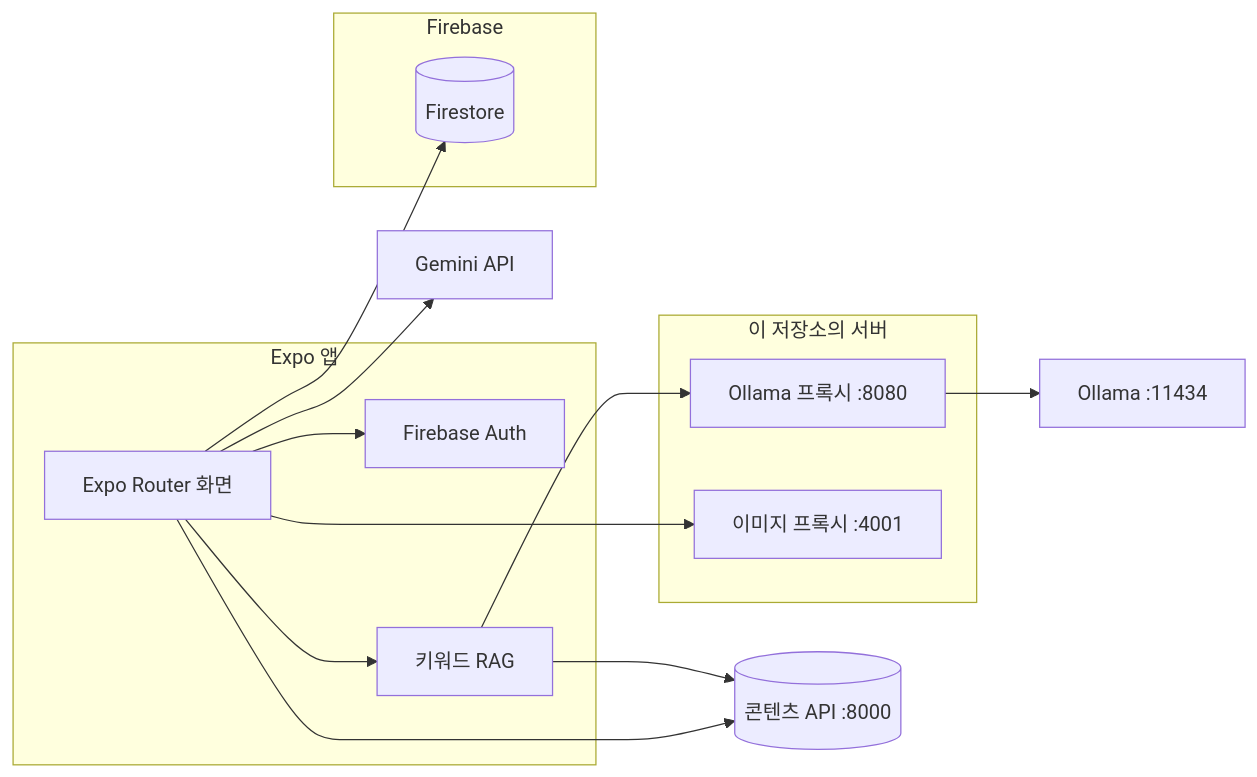
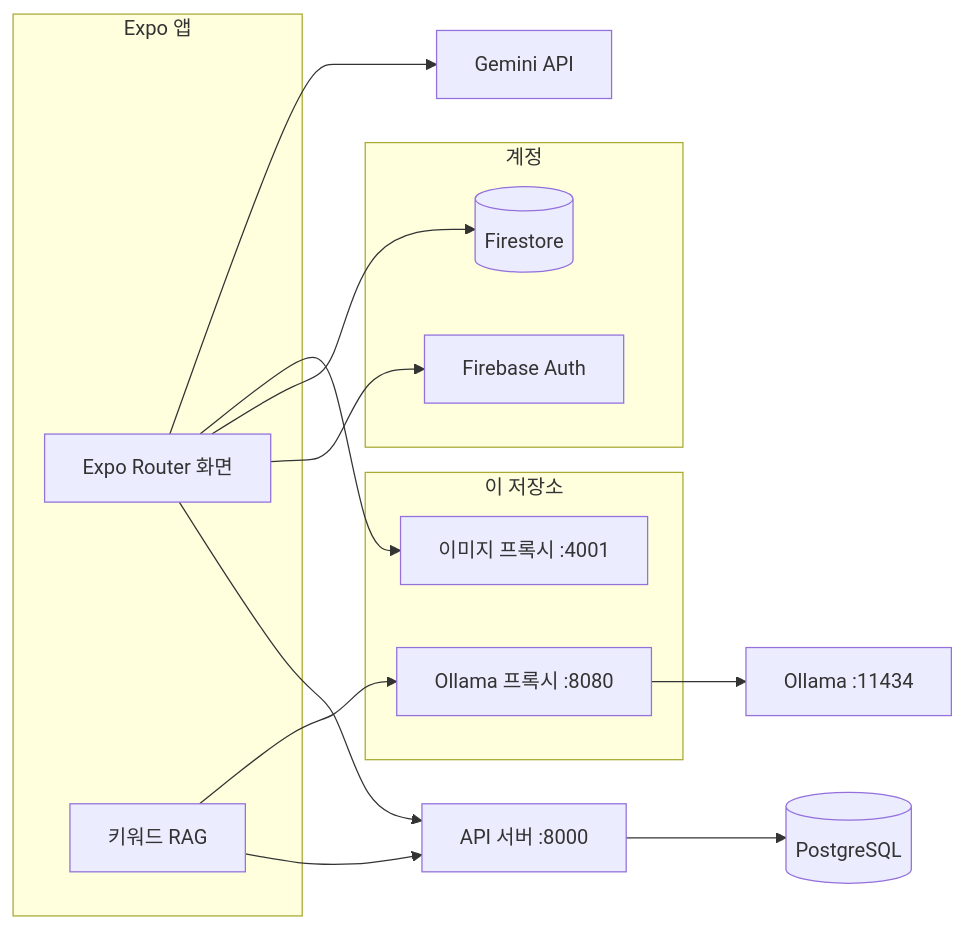
The diagram in README.md (St2usy/JBSW-NOW), drawn with Mermaid before and after one commit. The commit also changed other lines of this file, not shown here.

````diff
--- a/README.md
+++ b/README.md
@@ -54,31 +53,33 @@
 ```mermaid
 flowchart LR
   subgraph client [Expo 앱]
     UI[Expo Router 화면]
-    Auth[Firebase Auth]
     RAG[키워드 RAG]
   end
 
-  subgraph firebase [Firebase]
+  API[API 서버 :8000]
+  DB[(PostgreSQL)]
+
+  subgraph account [계정]
+    Auth[Firebase Auth]
     FS[(Firestore)]
   end
 
-  subgraph servers [이 저장소의 서버]
+  subgraph local [이 저장소]
     Proxy[Ollama 프록시 :8080]
     Img[이미지 프록시 :4001]
   end
 
-  API[(콘텐츠 API :8000)]
   Ollama[Ollama :11434]
   Gemini[Gemini API]
 
-  UI --> Auth
   UI --> API
-  UI --> FS
-  UI --> Img
-  UI --> RAG
+  API --> DB
   RAG --> API
   RAG --> Proxy
   Proxy --> Ollama
+  UI --> Auth
+  UI --> FS
+  UI --> Img
   UI --> Gemini
 ```
````
